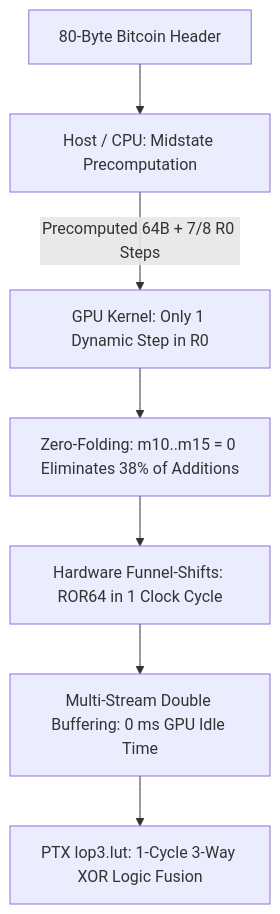
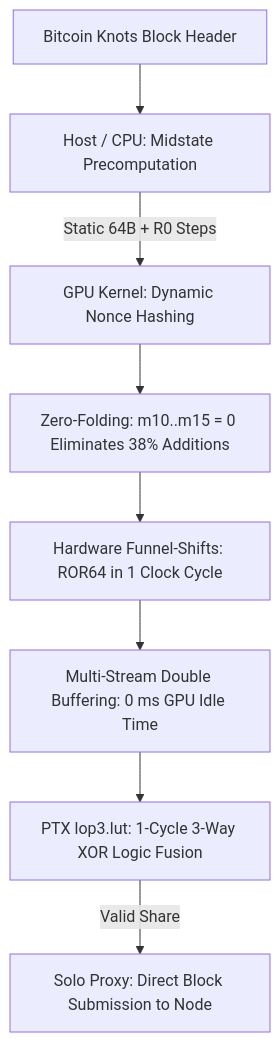
Before and after one commit to tomek2150/Blake2bCudaMiner: the diagram in README.md, drawn with Mermaid. The commit also changed other lines of this file and 8 other files, not shown here.

Commit message:
v1.3.1: Fix consensus alignment for Bitcoin Knots Header v2 & Profile 0 mining

````diff
--- a/README.md
+++ b/README.md
@@ -11,9 +11,10 @@
 ```mermaid
 graph TD
-    A[80-Byte Bitcoin Header] --> B[Host / CPU: Midstate Precomputation]
-    B -->|Precomputed 64B + 7/8 R0 Steps| C[GPU Kernel: Only 1 Dynamic Step in R0]
-    C --> D[Zero-Folding: m10..m15 = 0 Eliminates 38% of Additions]
+    A[Bitcoin Knots Block Header] --> B[Host / CPU: Midstate Precomputation]
+    B -->|Static 64B + R0 Steps| C[GPU Kernel: Dynamic Nonce Hashing]
+    C --> D[Zero-Folding: m10..m15 = 0 Eliminates 38% Additions]
     D --> E[Hardware Funnel-Shifts: ROR64 in 1 Clock Cycle]
     E --> F[Multi-Stream Double Buffering: 0 ms GPU Idle Time]
     F --> G[PTX lop3.lut: 1-Cycle 3-Way XOR Logic Fusion]
+    G -->|Valid Share| H[Solo Proxy: Direct Block Submission to Node]
 ```
````
